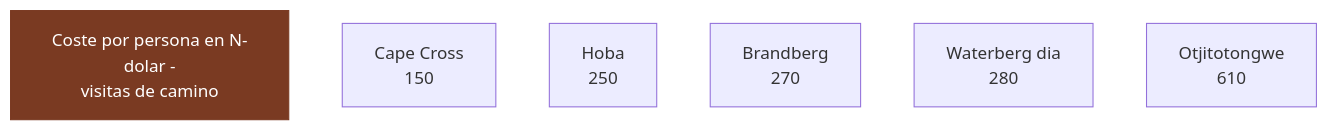
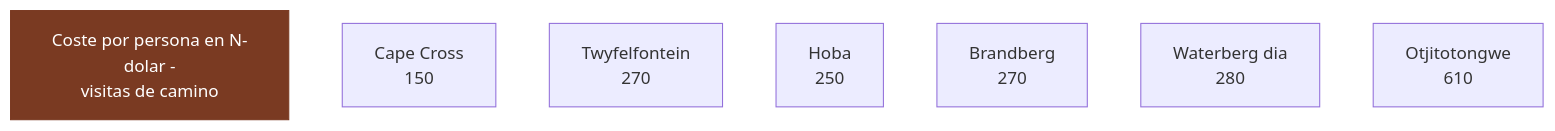
Before and after one commit to morandeirachema/namibia: the fourth of 4 diagrams in 11-lista-google-maps.md, drawn with Mermaid. The commit also changed other lines of this file and 25 other files, not shown here.

````diff
--- a/11-lista-google-maps.md
+++ b/11-lista-google-maps.md
@@ -290,15 +306,17 @@
 ```mermaid
 flowchart LR
     T["Coste por persona en N-dolar -<br/>visitas de camino"]
     n0["Cape Cross<br/>150"]
+    nT["Twyfelfontein<br/>270"]
     n1["Hoba<br/>250"]
     n2["Brandberg<br/>270"]
     n3["Waterberg dia<br/>280"]
     n4["Otjitotongwe<br/>610"]
     T ~~~ n0
-    n0 ~~~ n1
+    n0 ~~~ nT
+    nT ~~~ n1
     n1 ~~~ n2
     n2 ~~~ n3
     n3 ~~~ n4
     style T fill:#7a3a22,color:#fff,stroke:#7a3a22
 ```
````
